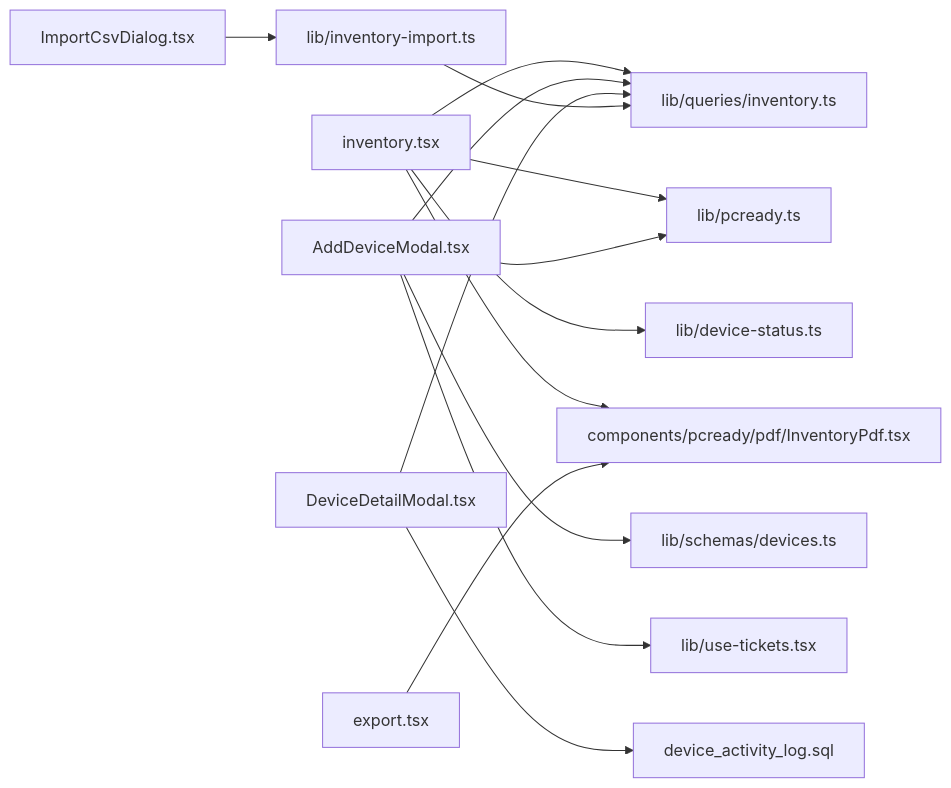
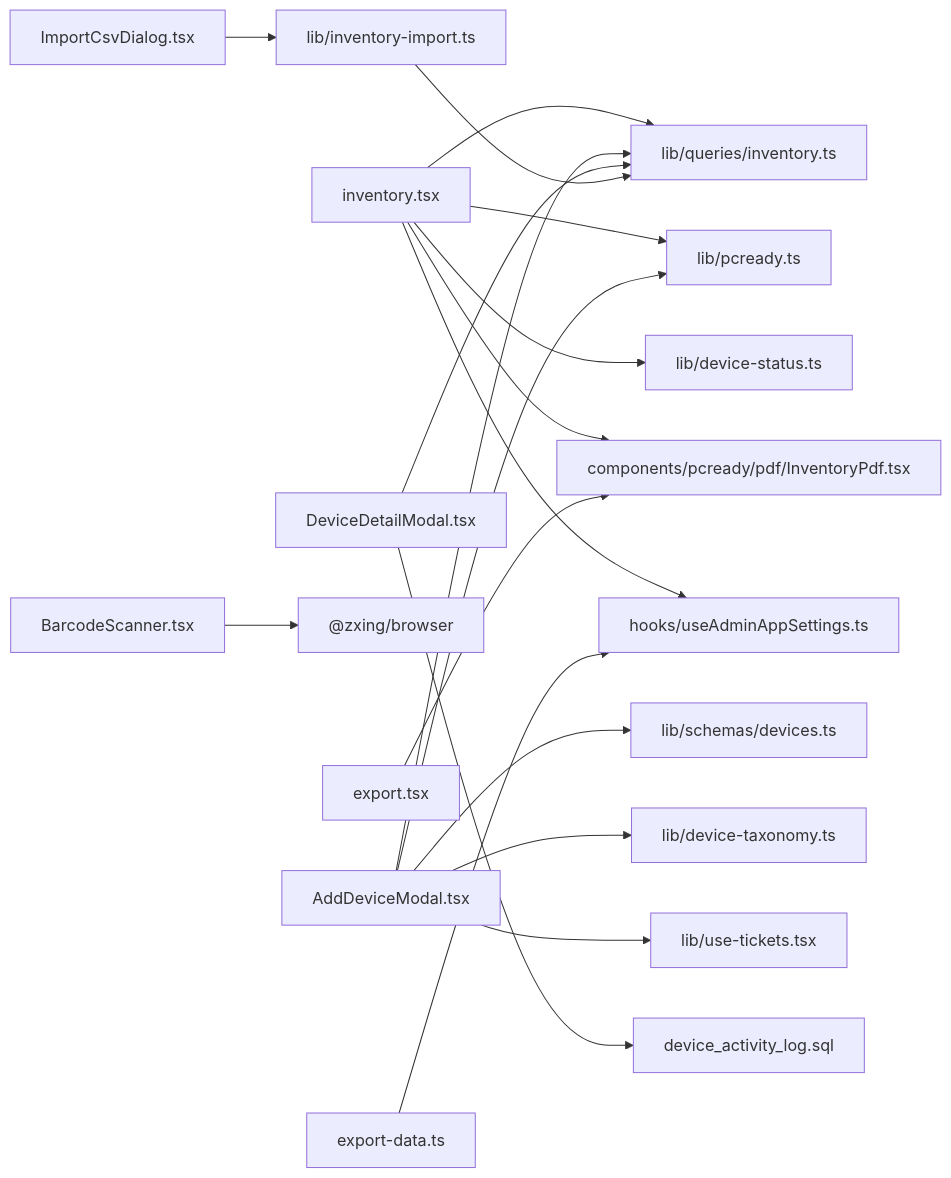
Diagram 14 of 14 in .qoder/repowiki/en/content/Device Management System/Device Inventory Tracking.md (gastaldellomarco/pcReady), drawn with Mermaid before and after one commit. The commit also changed other lines of this file and 15 other files, not shown here.

First line of the commit message:
Add comprehensive documentation for Barcode Inventory Management and Device Taxonomy System

````diff
--- a/.qoder/repowiki/en/content/Device Management System/Device Inventory Tracking.md
+++ b/.qoder/repowiki/en/content/Device Management System/Device Inventory Tracking.md
@@ -614,16 +809,20 @@
 ```mermaid
 graph LR
 INV["inventory.tsx"] --> QRY["lib/queries/inventory.ts"]
 INV --> PCRD["lib/pcready.ts"]
 INV --> ST["lib/device-status.ts"]
 INV --> PDF["components/pcready/pdf/InventoryPdf.tsx"]
+INV --> EXPORT["hooks/useAdminAppSettings.ts"]
 ADD["AddDeviceModal.tsx"] --> SCH["lib/schemas/devices.ts"]
 ADD --> QRY
+ADD --> TAX["lib/device-taxonomy.ts"]
 ADD --> PCRD
 ADD --> GT["lib/use-tickets.tsx"]
 DETAIL["DeviceDetailModal.tsx"] --> QRY
 DETAIL --> ACTDB["device_activity_log.sql"]
-IMPD["ImportCsvDialog.tsx"] --> IMPL["lib/inventory-import.ts"]
+BAR["BarcodeScanner.tsx"] --> ZXING["@zxing/browser"]
+IMPORT["ImportCsvDialog.tsx"] --> IMPL["lib/inventory-import.ts"]
 IMPL --> QRY
+EXPORT_UTIL["export-data.ts"] --> EXPORT
 EXP["export.tsx"] --> PDF
 ```
````
